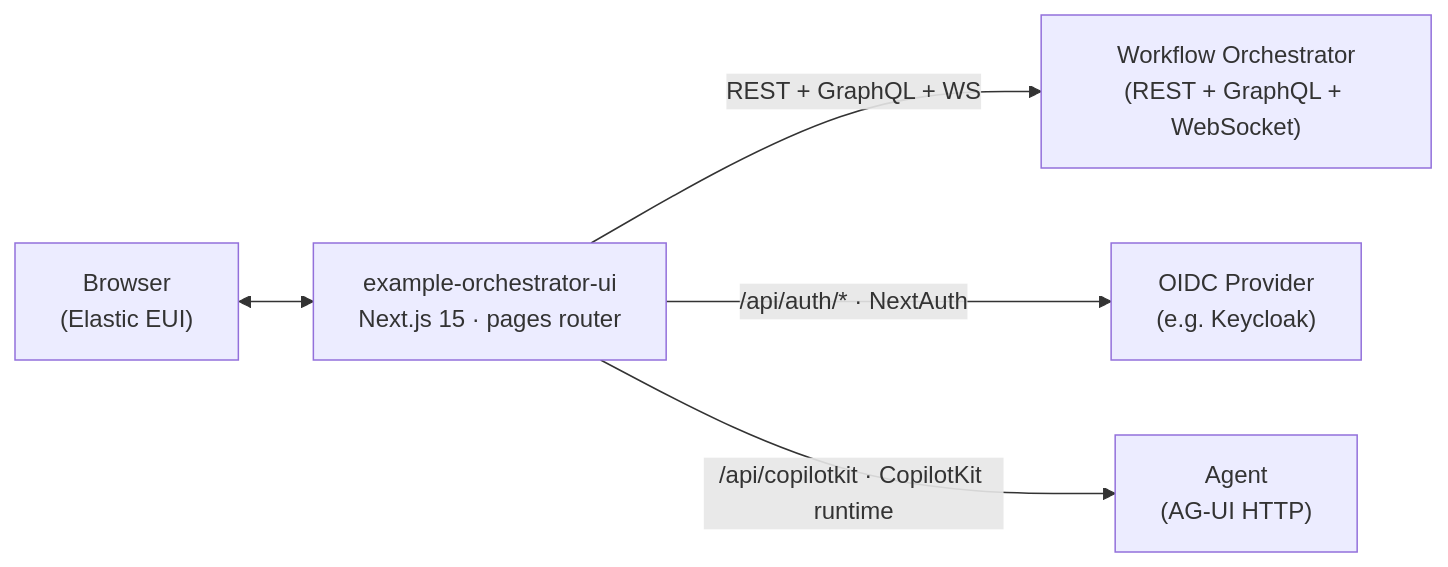
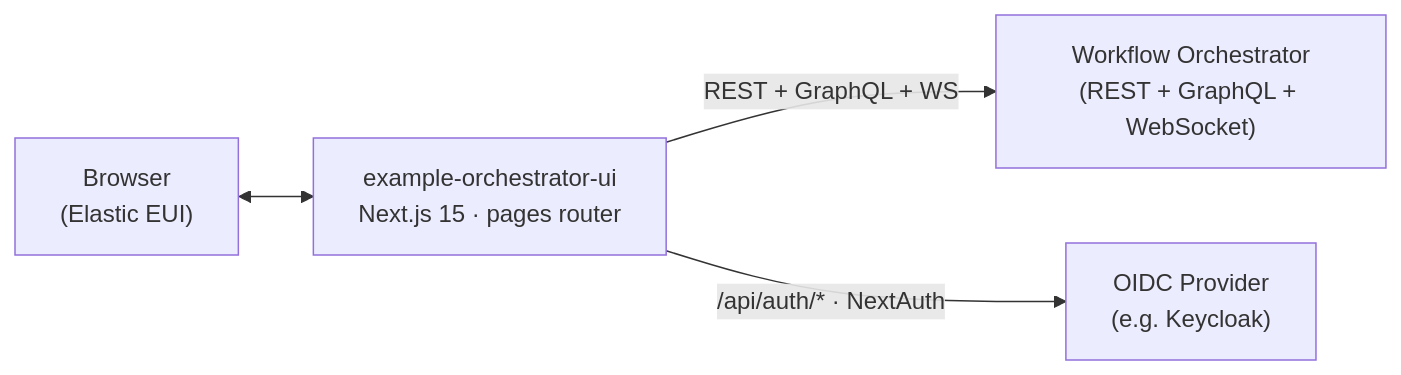
The diagram in README.md (workfloworchestrator/example-orchestrator-ui), drawn with Mermaid before and after one commit. The commit also changed other lines of this file and 3 other files, not shown here.

````diff
--- a/README.md
+++ b/README.md
@@ -56,13 +56,11 @@
 ```mermaid
 flowchart LR
     Browser["Browser<br/>(Elastic EUI)"]
     UI["example-orchestrator-ui<br/>Next.js 15 · pages router"]
     Backend["Workflow Orchestrator<br/>(REST + GraphQL + WebSocket)"]
     OIDC["OIDC Provider<br/>(e.g. Keycloak)"]
-    Agent["Agent<br/>(AG-UI HTTP)"]
 
     Browser <--> UI
     UI -->|REST + GraphQL + WS| Backend
     UI -->|/api/auth/* · NextAuth| OIDC
-    UI -->|/api/copilotkit · CopilotKit runtime| Agent
 ```
````
